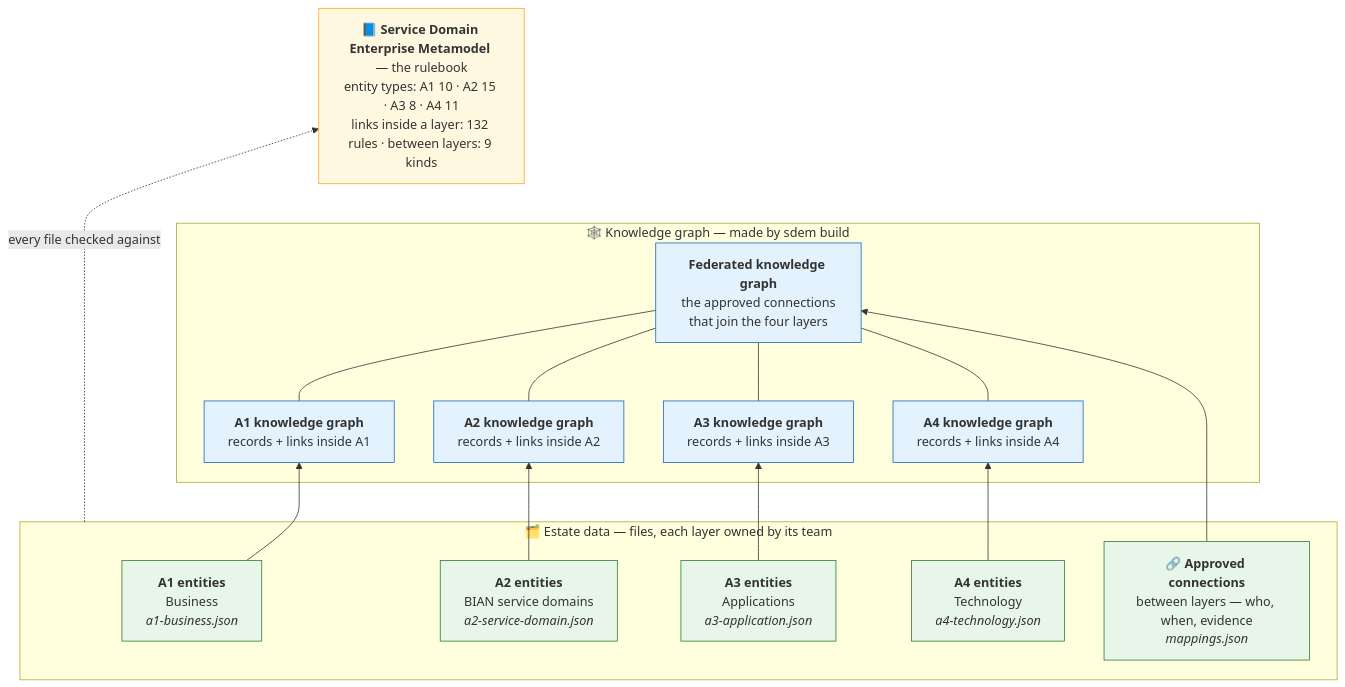
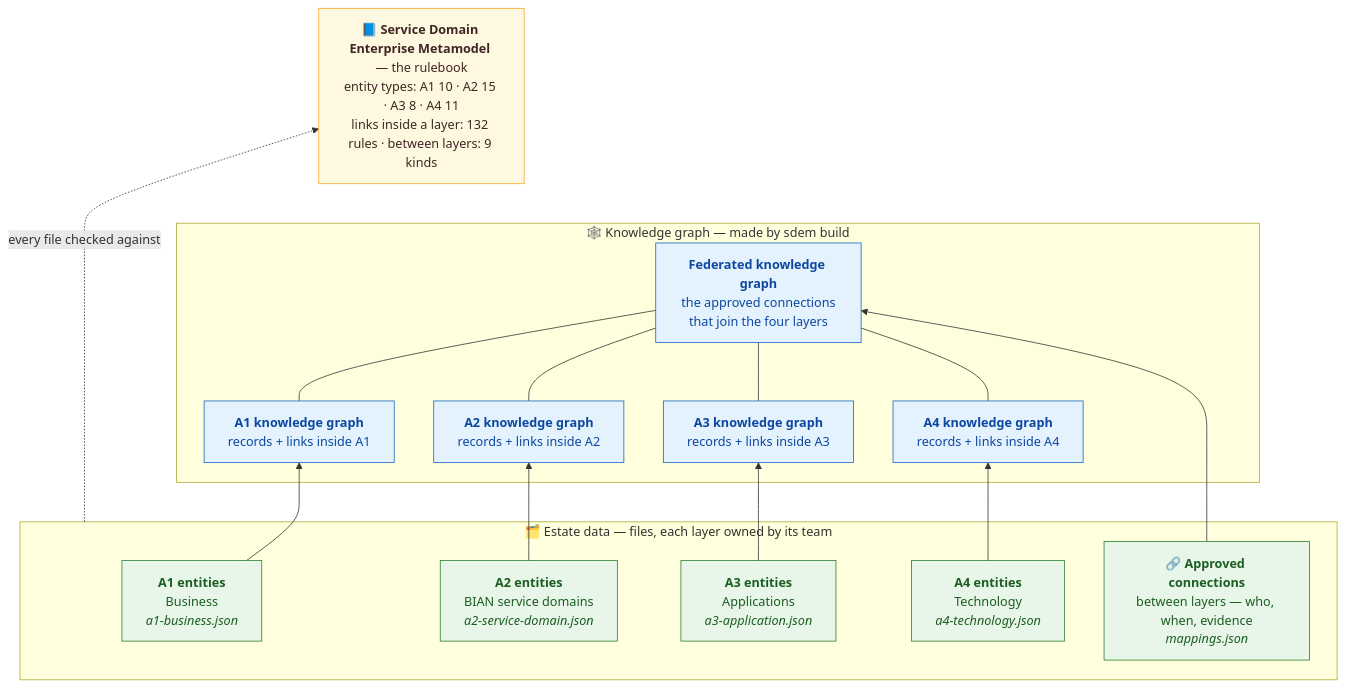
The third of 9 diagrams in README.md (taumoeps/bian-sdem-framework), drawn with Mermaid before and after one commit. The commit also changed other lines of this file and 1 other file, not shown here.

Commit message:
README: the tools diagram as one left-to-right flow with the commands on its steps; every coloured diagram box sets its text colour (readable in GitHub's dark theme)

````diff
--- a/README.md
+++ b/README.md
@@ -61,32 +61,32 @@
 ```mermaid
 flowchart BT
     subgraph DATA["🗂️ Estate data — files, each layer owned by its team"]
         E1["<b>A1 entities</b><br/>Business<br/><i>a1-business.json</i>"]
         E2["<b>A2 entities</b><br/>BIAN service domains<br/><i>a2-service-domain.json</i>"]
         E3["<b>A3 entities</b><br/>Applications<br/><i>a3-application.json</i>"]
         E4["<b>A4 entities</b><br/>Technology<br/><i>a4-technology.json</i>"]
         C["🔗 <b>Approved connections</b><br/>between layers — who, when, evidence<br/><i>mappings.json</i>"]
     end
     subgraph KG["🕸️ Knowledge graph — made by sdem build"]
         G1["<b>A1 knowledge graph</b><br/>records + links inside A1"]
         G2["<b>A2 knowledge graph</b><br/>records + links inside A2"]
         G3["<b>A3 knowledge graph</b><br/>records + links inside A3"]
         G4["<b>A4 knowledge graph</b><br/>records + links inside A4"]
         F["<b>Federated knowledge graph</b><br/>the approved connections<br/>that join the four layers"]
     end
     MM["📘 <b>Service Domain Enterprise Metamodel</b> — the rulebook<br/>entity types: A1 10 · A2 15 · A3 8 · A4 11<br/>links inside a layer: 132 rules · between layers: 9 kinds"]
     E1 --> G1
     E2 --> G2
     E3 --> G3
     E4 --> G4
     C --> F
     G1 & G2 & G3 & G4 --- F
     F ~~~ MM
     DATA -.->|"every file checked against"| MM
-    classDef r fill:#FFF8E1,stroke:#F9A825
-    classDef d fill:#E8F5E9,stroke:#2E7D32
-    classDef g fill:#E3F2FD,stroke:#1565C0
+    classDef r fill:#FFF8E1,stroke:#F9A825,color:#3E2723
+    classDef d fill:#E8F5E9,stroke:#2E7D32,color:#1B5E20
+    classDef g fill:#E3F2FD,stroke:#1565C0,color:#0D47A1
     class MM r
     class E1,E2,E3,E4,C d
     class G1,G2,G3,G4,F g
 ```
````
